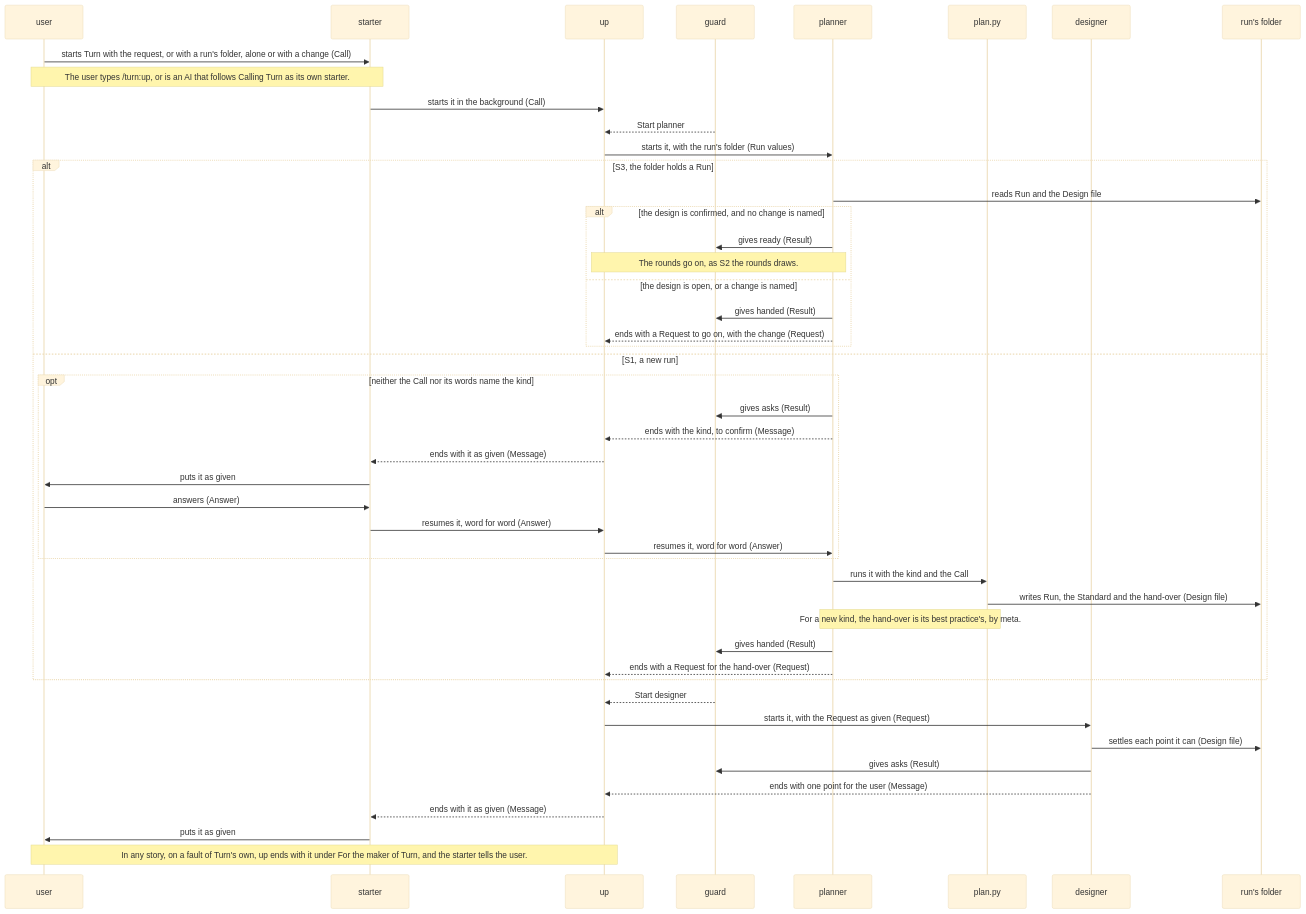
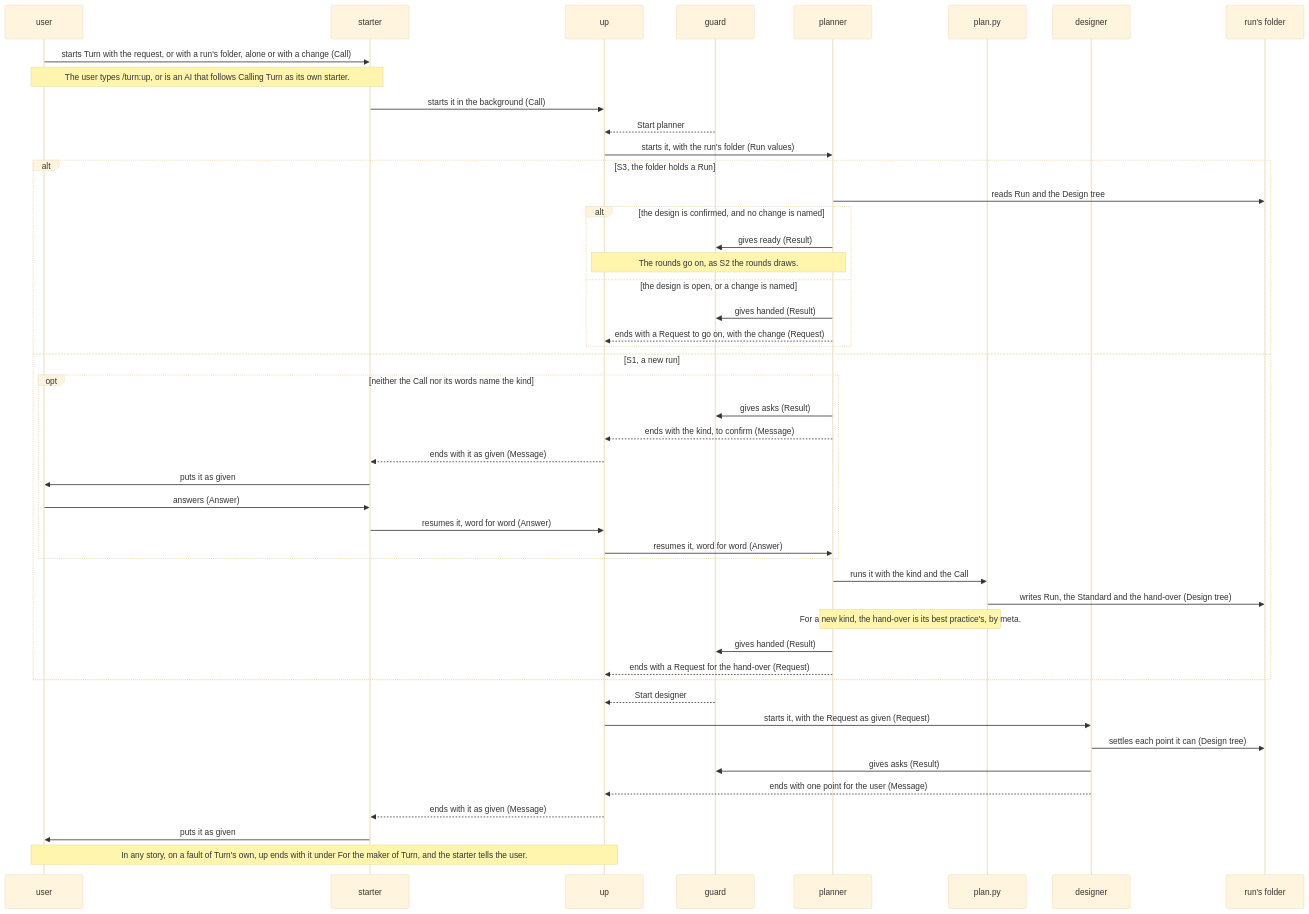
The first of 3 diagrams in dev/turn/architecture.md (lovaizu/ccpm), drawn with Mermaid (base theme) before and after one commit. The commit also changed other lines of this file and 40 other files, not shown here.

````diff
--- a/dev/turn/architecture.md
+++ b/dev/turn/architecture.md
@@ -232,49 +232,49 @@
 ```mermaid
 sequenceDiagram
   participant R as user
   participant ST as starter
   participant U as up
   participant G as guard
   participant PL as planner
   participant PS as plan.py
   participant PN as designer
   participant F as run's folder
   R->>ST: starts Turn with the request, or with a run's folder, alone or with a change (Call)
   Note over R,ST: The user types /turn:up, or is an AI that follows Calling Turn as its own starter.
   ST->>U: starts it in the background (Call)
   G-->>U: Start planner
   U->>PL: starts it, with the run's folder (Run values)
   alt S3, the folder holds a Run
-    PL->>F: reads Run and the Design file
+    PL->>F: reads Run and the Design tree
     alt the design is confirmed, and no change is named
       PL->>G: gives ready (Result)
       Note over U,PL: The rounds go on, as S2 the rounds draws.
     else the design is open, or a change is named
       PL->>G: gives handed (Result)
       PL-->>U: ends with a Request to go on, with the change (Request)
     end
   else S1, a new run
     opt neither the Call nor its words name the kind
       PL->>G: gives asks (Result)
       PL-->>U: ends with the kind, to confirm (Message)
       U-->>ST: ends with it as given (Message)
       ST->>R: puts it as given
       R->>ST: answers (Answer)
       ST->>U: resumes it, word for word (Answer)
       U->>PL: resumes it, word for word (Answer)
     end
     PL->>PS: runs it with the kind and the Call
-    PS->>F: writes Run, the Standard and the hand-over (Design file)
+    PS->>F: writes Run, the Standard and the hand-over (Design tree)
     Note over PL,PS: For a new kind, the hand-over is its best practice's, by meta.
     PL->>G: gives handed (Result)
     PL-->>U: ends with a Request for the hand-over (Request)
   end
   G-->>U: Start designer
   U->>PN: starts it, with the Request as given (Request)
-  PN->>F: settles each point it can (Design file)
+  PN->>F: settles each point it can (Design tree)
   PN->>G: gives asks (Result)
   PN-->>U: ends with one point for the user (Message)
   U-->>ST: ends with it as given (Message)
   ST->>R: puts it as given
   Note over R,U: In any story, on a fault of Turn's own, up ends with it under For the maker of Turn, and the starter tells the user.
 ```
````
